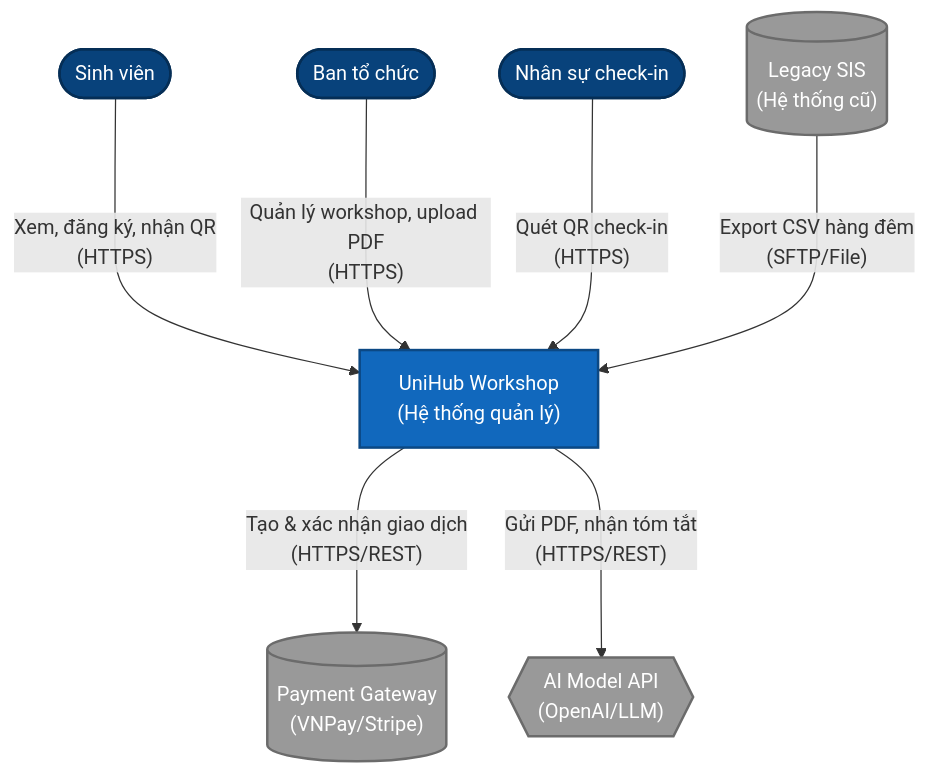
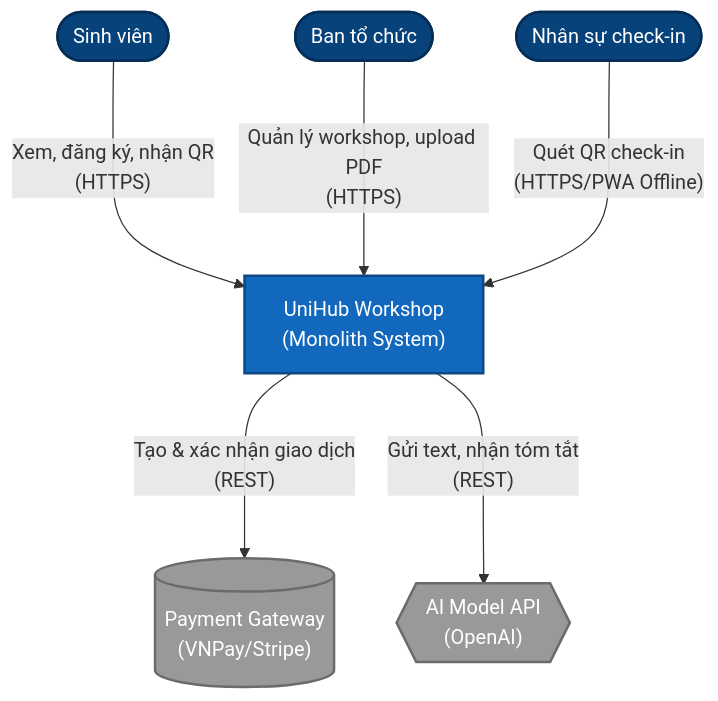
Before and after one commit to tqthienda1/UniHub: the first of 6 diagrams in blueprint/design.md, drawn with Mermaid. The commit also changed other lines of this file, not shown here.

````diff
--- a/blueprint/design.md
+++ b/blueprint/design.md
@@ -104,33 +109,26 @@
 ```mermaid
     flowchart TD
-        %% Định nghĩa các Actor (Người dùng)
         student(["Sinh viên"])
         organizer(["Ban tổ chức"])
         checkin_staff(["Nhân sự check-in"])
 
-        %% Định nghĩa System (Hệ thống chính)
-        unihub["UniHub Workshop<br/>(Hệ thống quản lý)"]
+        unihub["UniHub Workshop\n(Monolith System)"]
 
-        %% Định nghĩa External Systems (Hệ thống bên ngoài)
-        payment[("Payment Gateway<br/>(VNPay/Stripe)")]
-        ai_api{{"AI Model API<br/>(OpenAI/LLM)"}}
-        legacy_sis[("Legacy SIS<br/>(Hệ thống cũ)")]
+        payment[("Payment Gateway\n(VNPay/Stripe)")]
+        ai_api{{"AI Model API\n(OpenAI)"}}
 
-        %% Các luồng tương tác
-        student -- "Xem, đăng ký, nhận QR<br/>(HTTPS)" ---> unihub
-        organizer -- "Quản lý workshop, upload PDF<br/>(HTTPS)" ---> unihub
-        checkin_staff -- "Quét QR check-in<br/>(HTTPS)" ---> unihub
+        student -- "Xem, đăng ký, nhận QR\n(HTTPS)" ---> unihub
+        organizer -- "Quản lý workshop, upload PDF\n(HTTPS)" ---> unihub
+        checkin_staff -- "Quét QR check-in\n(HTTPS/PWA Offline)" ---> unihub
 
-        unihub -- "Tạo & xác nhận giao dịch<br/>(HTTPS/REST)" ---> payment
-        unihub -- "Gửi PDF, nhận tóm tắt<br/>(HTTPS/REST)" ---> ai_api
-        legacy_sis -- "Export CSV hàng đêm<br/>(SFTP/File)" ---> unihub
+        unihub -- "Tạo & xác nhận giao dịch\n(REST)" ---> payment
+        unihub -- "Gửi text, nhận tóm tắt\n(REST)" ---> ai_api
 
-        %% Áp dụng style màu sắc chuẩn C4
         classDef person fill:#08427b,stroke:#052e56,color:#fff,stroke-width:2px
         classDef system fill:#1168bd,stroke:#0b4884,color:#fff,stroke-width:2px
         classDef external fill:#999999,stroke:#6b6b6b,color:#fff,stroke-width:2px
 
         class student,organizer,checkin_staff person
         class unihub system
-        class payment,ai_api,legacy_sis external
+        class payment,ai_api external
 ```
````
